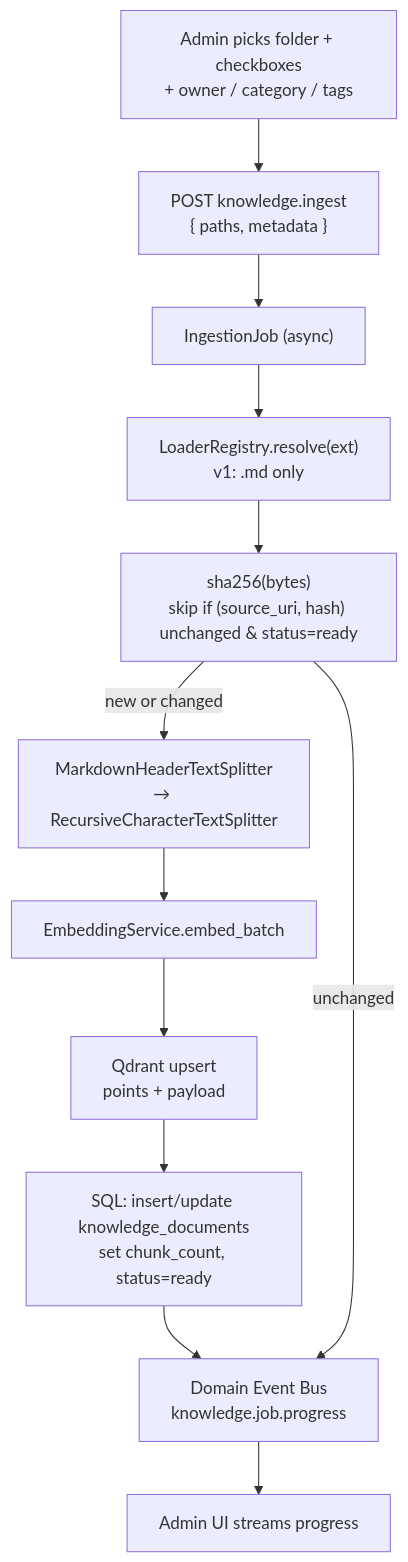
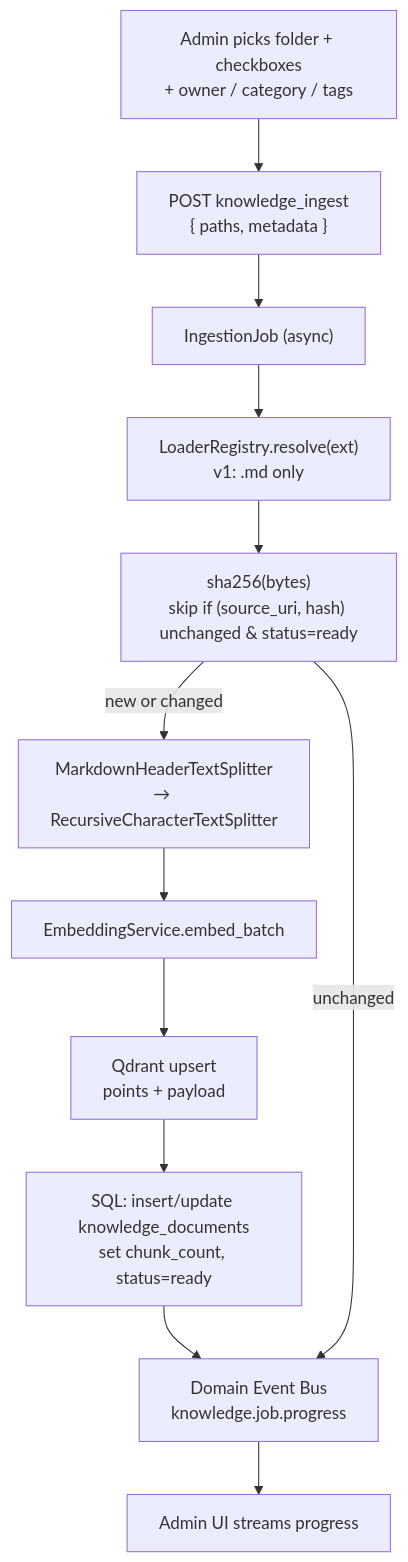
Before and after one commit to hiro-league/hiroleague: the first of 3 diagrams in docs/knowledge-service-v1-design.md, drawn with Mermaid. The commit also changed other lines of this file and 144 other files, not shown here.

````diff
--- a/docs/knowledge-service-v1-design.md
+++ b/docs/knowledge-service-v1-design.md
@@ -192,20 +206,20 @@
 ```mermaid
 flowchart TB
     Pick["Admin picks folder + checkboxes<br/>+ owner / category / tags"]
-    Tool["POST knowledge.ingest<br/>{ paths, metadata }"]
+    Tool["POST knowledge_ingest<br/>{ paths, metadata }"]
     Job["IngestionJob (async)"]
     Loader["LoaderRegistry.resolve(ext)<br/>v1: .md only"]
     Hash["sha256(bytes)<br/>skip if (source_uri, hash) unchanged & status=ready"]
     Chunk["MarkdownHeaderTextSplitter<br/>→ RecursiveCharacterTextSplitter"]
     Embed["EmbeddingService.embed_batch"]
     Upsert["Qdrant upsert<br/>points + payload"]
     Sql["SQL: insert/update knowledge_documents<br/>set chunk_count, status=ready"]
     Event["Domain Event Bus<br/>knowledge.job.progress"]
     UI["Admin UI streams progress"]
 
     Pick --> Tool --> Job
     Job --> Loader --> Hash
     Hash -->|"new or changed"| Chunk --> Embed --> Upsert --> Sql --> Event
     Hash -->|"unchanged"| Event
     Event --> UI
 ```
````
